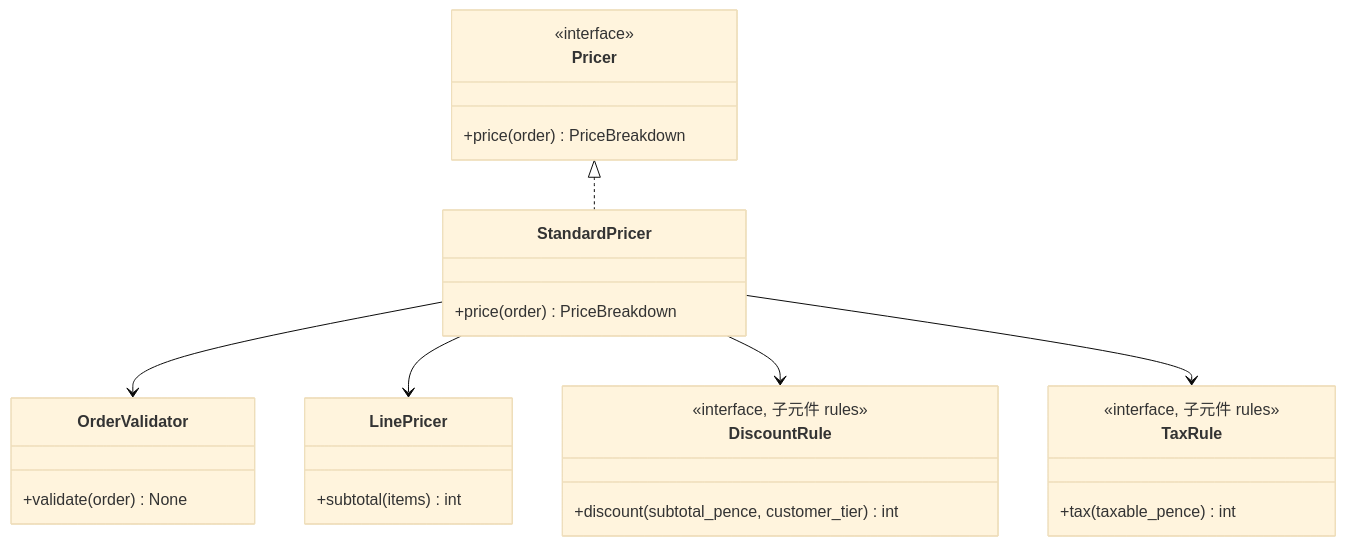
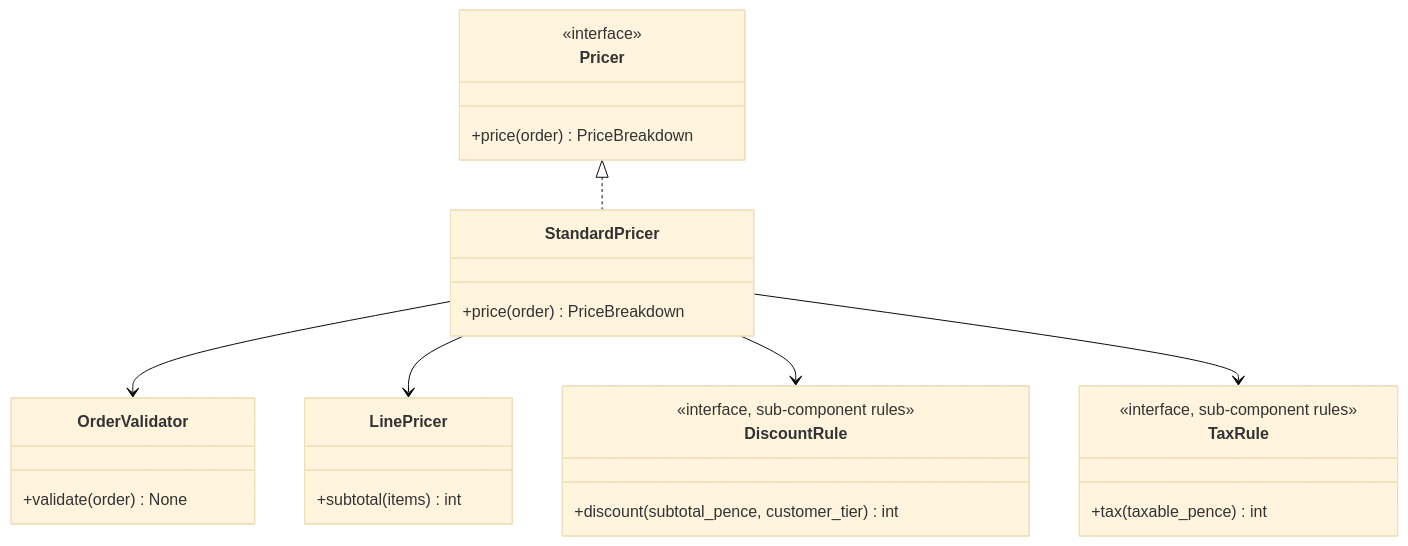
The first of 2 diagrams in demo/pricing/ARCHITECTURE.md (IcarusSO/diagram-driven-coding), drawn with Mermaid (base theme) before and after one commit. The commit also changed other lines of this file and 12 other files, not shown here.

Commit message:
Skill and demo docs in English; clarify stale-diagram rule, caller search, value classes and trigger

````diff
--- a/demo/pricing/ARCHITECTURE.md
+++ b/demo/pricing/ARCHITECTURE.md
@@ -25,29 +25,29 @@
 ```mermaid
 classDiagram
     class Pricer {
         <<interface>>
         +price(order) PriceBreakdown
     }
     class StandardPricer {
         +price(order) PriceBreakdown
     }
     class OrderValidator {
         +validate(order) None
     }
     class LinePricer {
         +subtotal(items) int
     }
     class DiscountRule {
-        <<interface, 子元件 rules>>
+        <<interface, sub-component rules>>
         +discount(subtotal_pence, customer_tier) int
     }
     class TaxRule {
-        <<interface, 子元件 rules>>
+        <<interface, sub-component rules>>
         +tax(taxable_pence) int
     }
     Pricer <|.. StandardPricer
     StandardPricer --> OrderValidator
     StandardPricer --> LinePricer
     StandardPricer --> DiscountRule
     StandardPricer --> TaxRule
 ```
````
